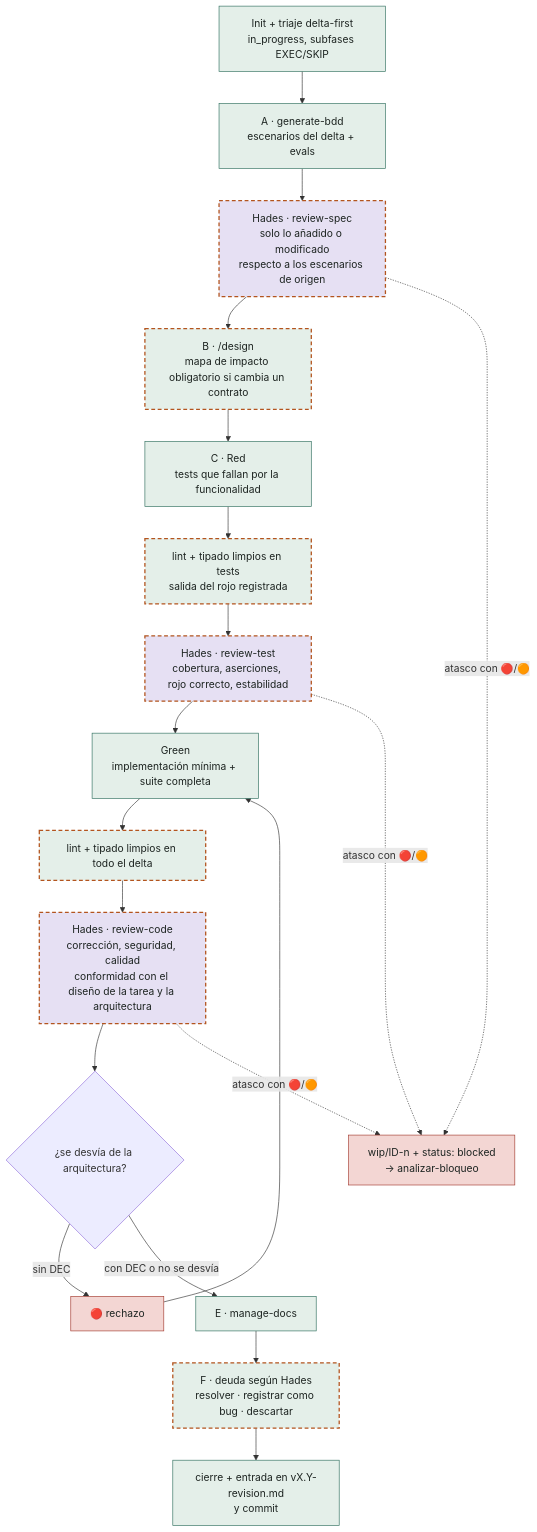
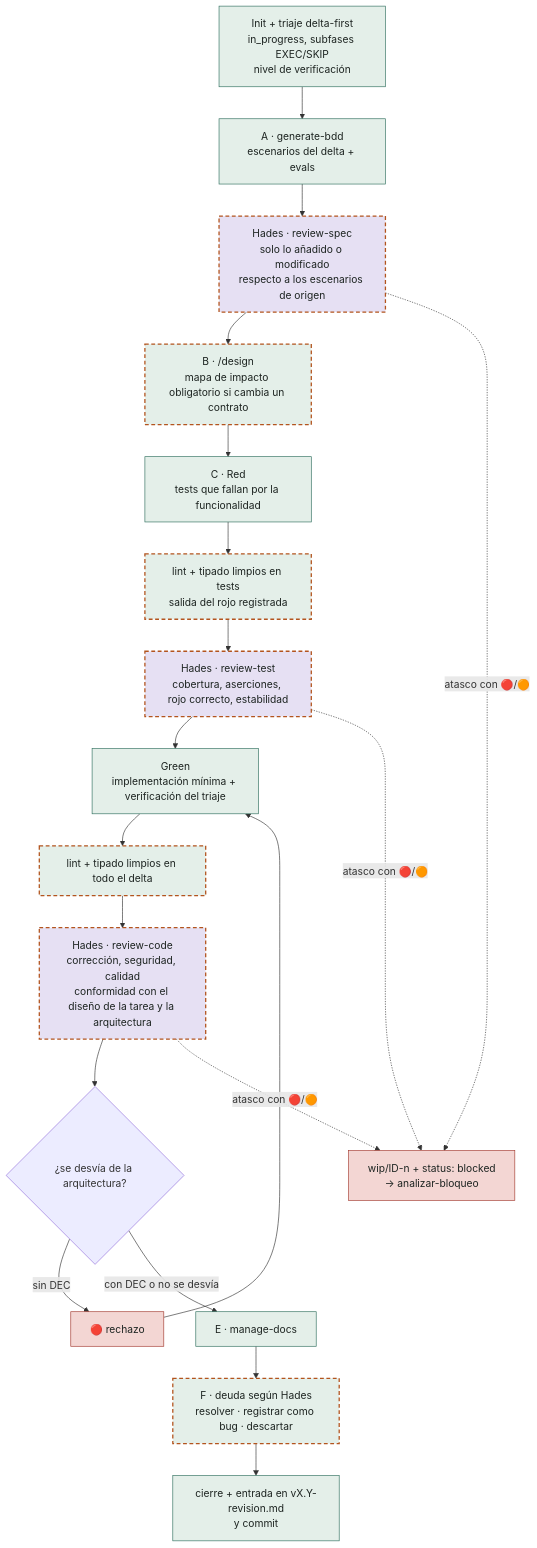
Before and after one commit to nereodata/nereoskills: the third of 3 diagrams in docs/orquestacion.md, drawn with Mermaid. The commit also changed other lines of this file and 9 other files, not shown here.

First line of the commit message:
feat(orquestar): verificación por tarea según triaje y suite completa al cerrar la versión

````diff
--- a/docs/orquestacion.md
+++ b/docs/orquestacion.md
@@ -85,31 +85,31 @@
 ```mermaid
 flowchart TD
-  ini["Init + triaje delta-first<br/>in_progress, subfases EXEC/SKIP"] --> bdd["A · generate-bdd<br/>escenarios del delta + evals"]
+  ini["Init + triaje delta-first<br/>in_progress, subfases EXEC/SKIP<br/>nivel de verificación"] --> bdd["A · generate-bdd<br/>escenarios del delta + evals"]
   bdd --> rs["Hades · review-spec<br/>solo lo añadido o modificado<br/>respecto a los escenarios de origen"]
   rs --> dis["B · /design<br/>mapa de impacto obligatorio si cambia un contrato"]
   dis --> red["C · Red<br/>tests que fallan por la funcionalidad"]
   red --> pre1["lint + tipado limpios en tests<br/>salida del rojo registrada"]
   pre1 --> rtst["Hades · review-test<br/>cobertura, aserciones, rojo correcto, estabilidad"]
-  rtst --> green["Green<br/>implementación mínima + suite completa"]
+  rtst --> green["Green<br/>implementación mínima + verificación del triaje"]
   green --> pre2["lint + tipado limpios en todo el delta"]
   pre2 --> rc["Hades · review-code<br/>corrección, seguridad, calidad<br/>conformidad con el diseño de la tarea y la arquitectura"]
   rc --> q{"¿se desvía de la arquitectura?"}
   q -- "sin DEC" --> rojo["🔴 rechazo"]
   rojo --> green
   q -- "con DEC o no se desvía" --> docs["E · manage-docs"]
   docs --> deu["F · deuda según Hades<br/>resolver · registrar como bug · descartar"]
   deu --> cie["cierre + entrada en vX.Y-revision.md<br/>y commit"]
   rs -. "atasco con 🔴/🟠" .-> blk["wip/ID-n + status: blocked<br/>→ analizar-bloqueo"]
   rtst -. "atasco con 🔴/🟠" .-> blk
   rc -. "atasco con 🔴/🟠" .-> blk
 
   classDef paso fill:#e4efe9,stroke:#2f6f5e,color:#1d2421
   classDef hades fill:#e6e0f3,stroke:#5b4a8a,color:#1d2421
   classDef stop fill:#f3d6d3,stroke:#a33a2f,color:#1d2421
   classDef nuevo fill:#e4efe9,stroke:#b3541e,stroke-width:2px,stroke-dasharray:6 4,color:#1d2421
   classDef hnuevo fill:#e6e0f3,stroke:#b3541e,stroke-width:2px,stroke-dasharray:6 4,color:#1d2421
   class ini,bdd,red,green,docs,cie paso
   class dis,pre1,pre2,deu nuevo
   class rs,rtst,rc hnuevo
   class rojo,blk stop
 ```
````
